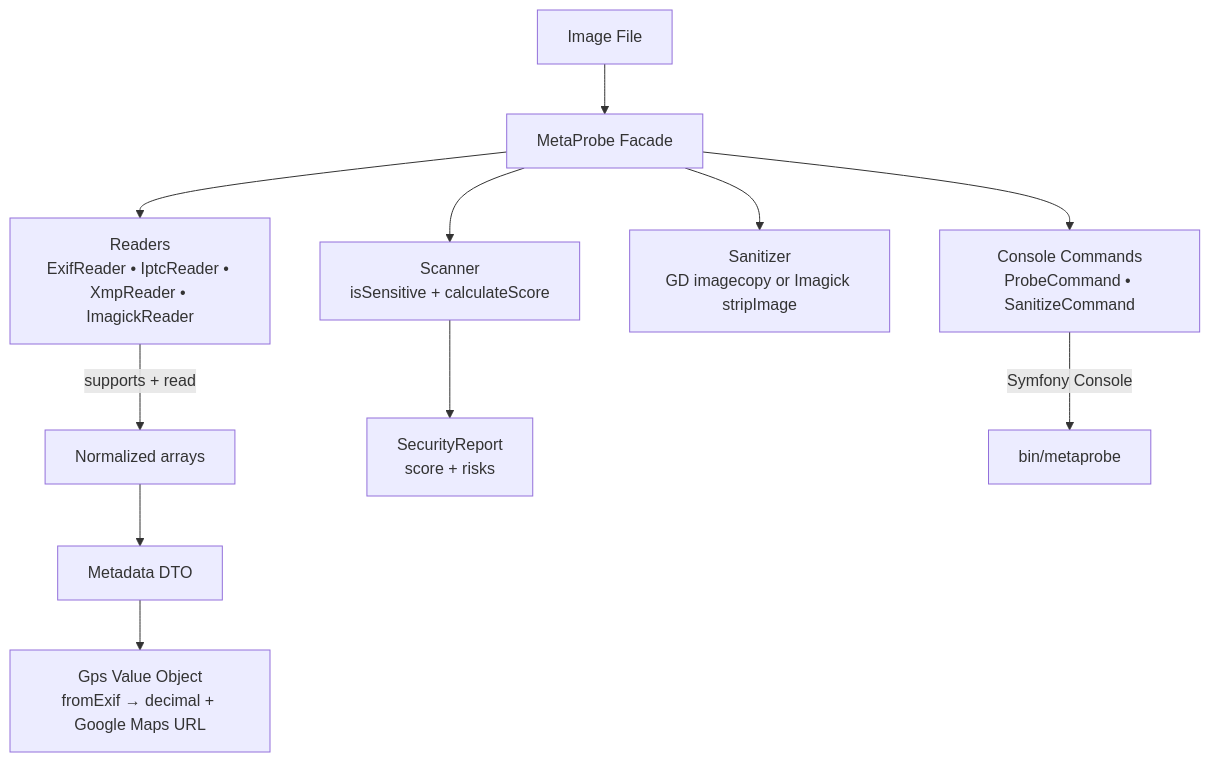
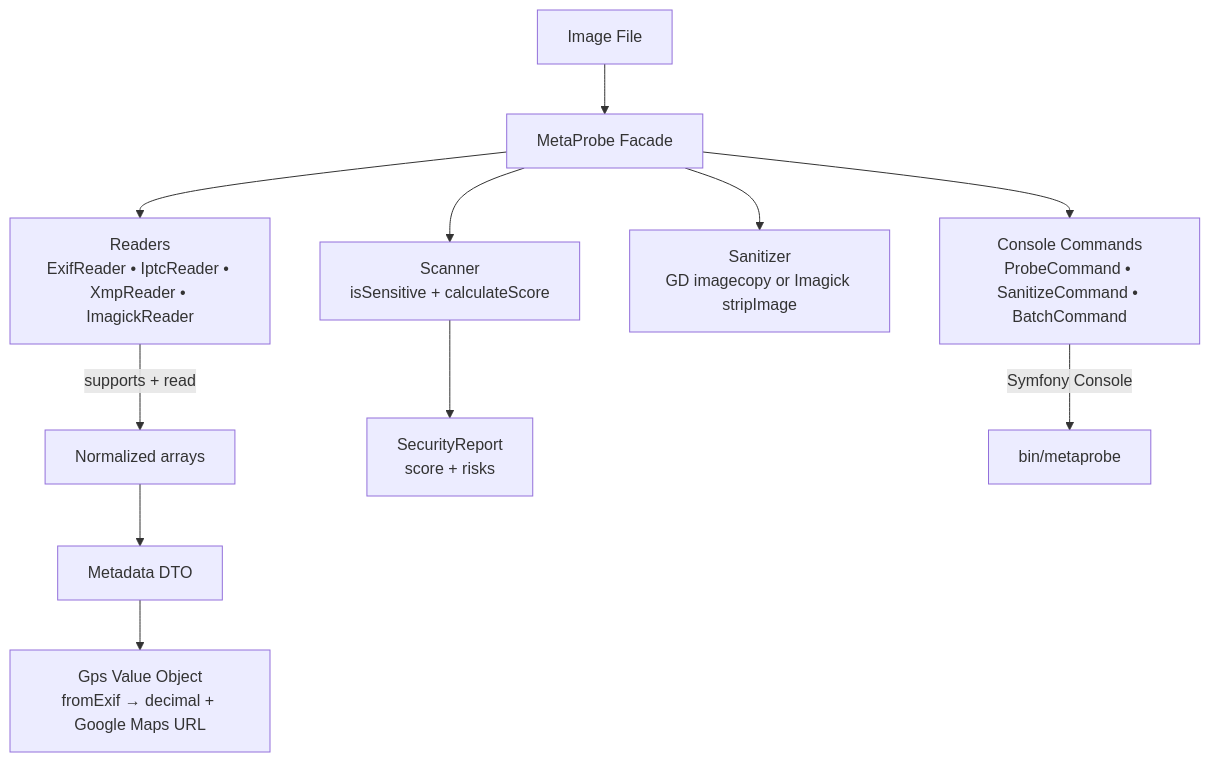
Before and after one commit to ajendras/metaprobe: the diagram in README.md, drawn with Mermaid. The commit also changed other lines of this file and 6 other files, not shown here.

Commit message:
feat(cli): add batch directory command with progress bar and summary CSV export

````diff
--- a/README.md
+++ b/README.md
@@ -175,13 +205,13 @@
 ```mermaid
 flowchart TD
     Image[Image File] --> MetaProbe[MetaProbe Facade]
     MetaProbe --> Readers[Readers<br/>ExifReader • IptcReader • XmpReader • ImagickReader]
     Readers -->|supports + read| Data[Normalized arrays]
     Data --> Metadata[Metadata DTO]
     Metadata --> Gps[Gps Value Object<br/>fromExif → decimal + Google Maps URL]
     MetaProbe --> Scanner[Scanner<br/>isSensitive + calculateScore]
     Scanner --> Report[SecurityReport<br/>score + risks]
     MetaProbe --> Sanitizer[Sanitizer<br/>GD imagecopy or Imagick stripImage]
-    MetaProbe --> Console[Console Commands<br/>ProbeCommand • SanitizeCommand]
+    MetaProbe --> Console[Console Commands<br/>ProbeCommand • SanitizeCommand • BatchCommand]
     Console -->|Symfony Console| CLI[bin/metaprobe]
 ```
````
